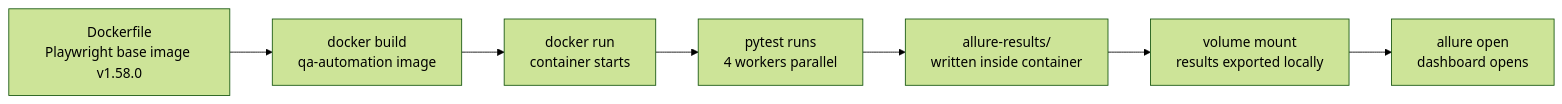
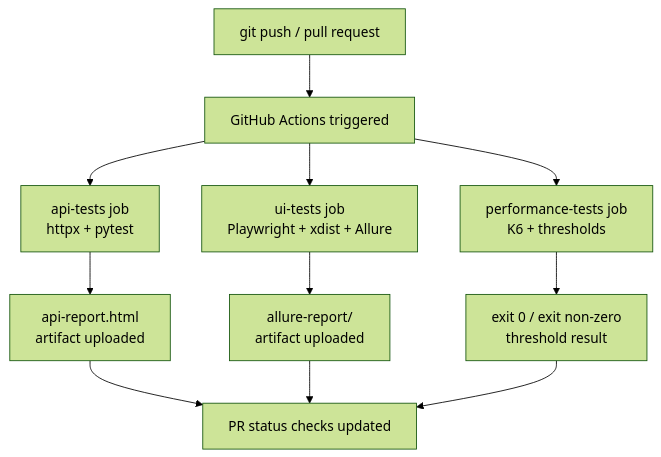
The fourth of 6 diagrams in ARCHITECTURE.md (dharmateja2019/ApiTesting), drawn with Mermaid (forest theme) before and after one commit. The commit also changed other lines of this file and 49 other files, not shown here.

Commit message:
refactor: rename folders to api_tests and ui_tests, add root conftest and config layer

````diff
--- a/ARCHITECTURE.md
+++ b/ARCHITECTURE.md
@@ -126,9 +189,16 @@
 ```mermaid
-flowchart LR
-    DF[Dockerfile\nPlaywright base image v1.58.0] --> IMG[docker build\nqa-automation image]
-    IMG --> RUN[docker run\ncontainer starts]
-    RUN --> PT[pytest runs\n4 workers parallel]
-    PT --> AR[allure-results/\nwritten inside container]
-    AR --> VOL[volume mount\nresults exported locally]
-    VOL --> AS[allure open\ndashboard opens]
+flowchart TD
+    PUSH[git push / pull request] --> GHA[GitHub Actions triggered]
+
+    GHA --> API[api-tests job\nhttpx + pytest]
+    GHA --> UI[ui-tests job\nPlaywright + xdist + Allure]
+    GHA --> PERF[performance-tests job\nK6 + thresholds]
+
+    API --> AR[api-report.html\nartifact uploaded]
+    UI --> UR[allure-report/\nartifact uploaded]
+    PERF --> PR[exit 0 / exit non-zero\nthreshold result]
+
+    AR --> STATUS[PR status checks updated]
+    UR --> STATUS
+    PR --> STATUS
 ```
````
